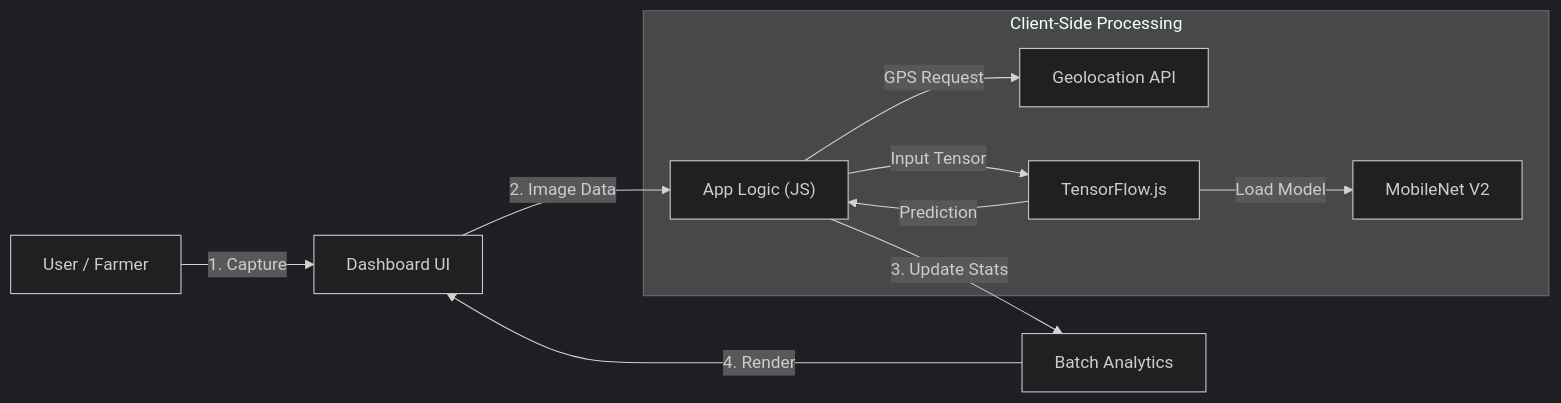
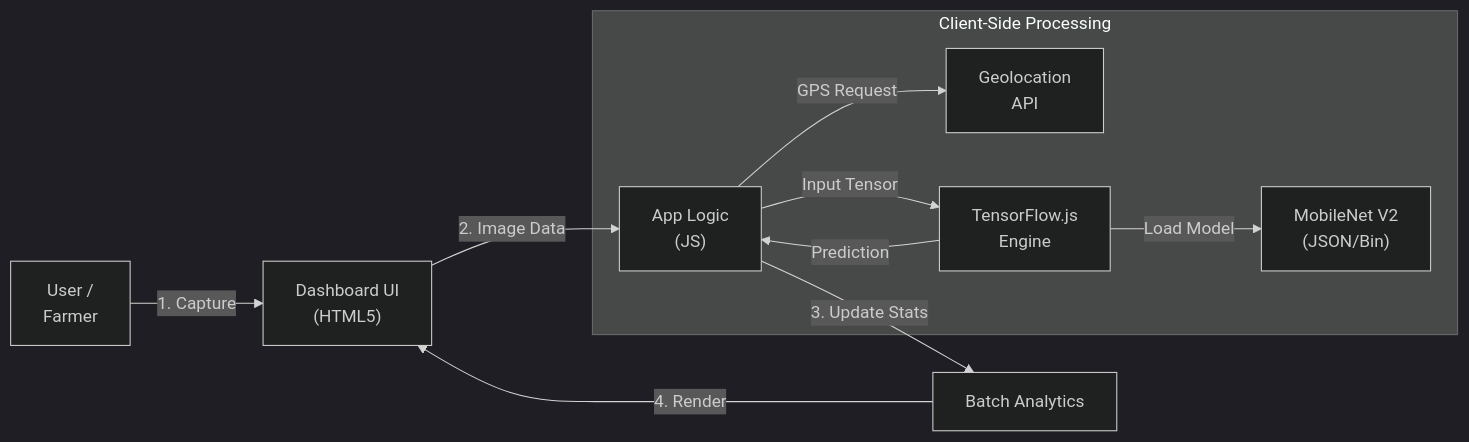
One commit to GPaul02/Grade-O-Meter changed the diagram in ARCHITECTURE.md. Above: the diagram before and after it, drawn with Mermaid (dark theme).

````diff
--- a/ARCHITECTURE.md
+++ b/ARCHITECTURE.md
@@ -10,15 +10,15 @@
 ```mermaid
 graph LR
-    User["User / Farmer"] -->|1. Capture| UI["Dashboard UI"]
-    UI -->|2. Image Data| Logic["App Logic (JS)"]
+    User["User /<br/>Farmer"] -->|1. Capture| UI["Dashboard UI<br/>(HTML5)"]
+    UI -->|2. Image Data| Logic["App Logic<br/>(JS)"]
     
     subgraph "Client-Side Processing"
-        Logic -->|GPS Request| Geo["Geolocation API"]
-        Logic -->|Input Tensor| TF["TensorFlow.js"]
-        TF -->|Load Model| Model["MobileNet V2"]
+        Logic -->|GPS Request| Geo["Geolocation<br/>API"]
+        Logic -->|Input Tensor| TF["TensorFlow.js<br/>Engine"]
+        TF -->|Load Model| Model["MobileNet V2<br/>(JSON/Bin)"]
         TF -->|Prediction| Logic
     end
     
     Logic -->|3. Update Stats| Batch["Batch Analytics"]
     Batch -->|4. Render| UI
 ```
````
